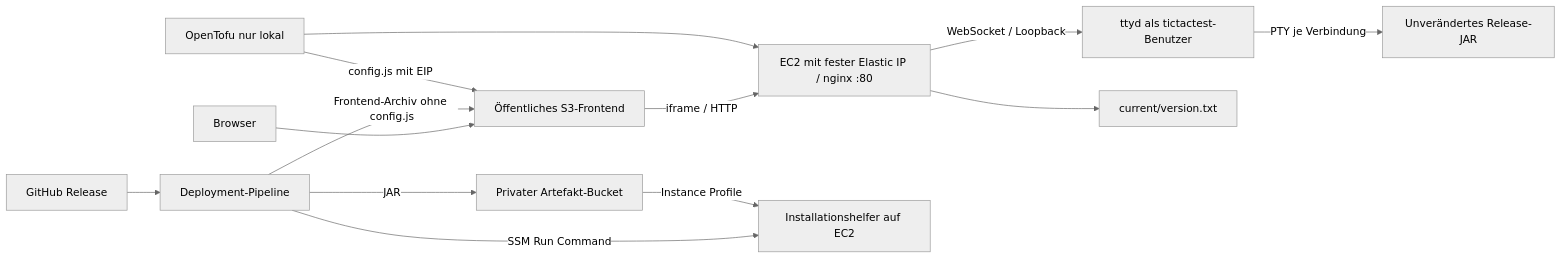
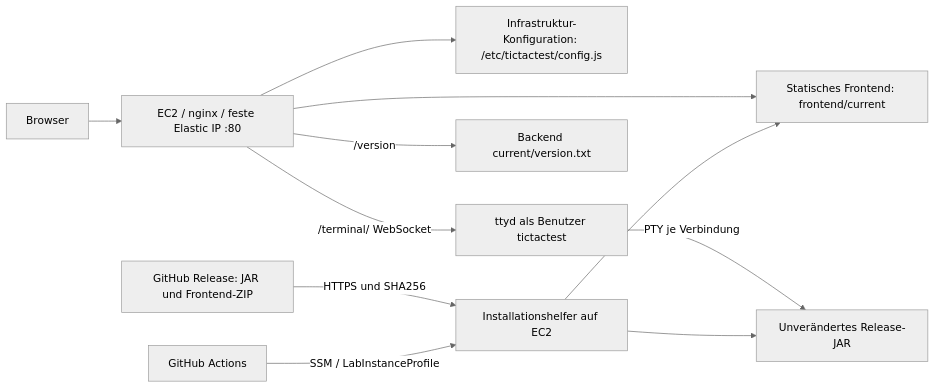
The diagram in docs/deployment.md (raphaelhuerzele/450-tictactest-mvk), drawn with Mermaid (neutral theme) before and after one commit. The commit also changed other lines of this file and 15 other files, not shown here.

Commit message:
Deploy release assets to EC2 with independent nginx frontend

````diff
--- a/docs/deployment.md
+++ b/docs/deployment.md
@@ -5,15 +5,13 @@
 ```mermaid
 flowchart LR
-  Browser --> S3[Öffentliches S3-Frontend]
-  S3 -->|iframe / HTTP| Nginx[EC2 mit fester Elastic IP / nginx :80]
-  Nginx -->|WebSocket / Loopback| TTY[ttyd als tictactest-Benutzer]
-  TTY -->|PTY je Verbindung| Java[Unverändertes Release-JAR]
-  Nginx --> Version[current/version.txt]
-  GitHub[GitHub Release] --> Deploy[Deployment-Pipeline]
-  Deploy -->|JAR| Private[Privater Artefakt-Bucket]
-  Deploy -->|SSM Run Command| EC2[Installationshelfer auf EC2]
-  Private -->|Instance Profile| EC2
-  Deploy -->|Frontend-Archiv ohne config.js| S3
-  Tofu[OpenTofu nur lokal] --> Nginx
-  Tofu -->|config.js mit EIP| S3
+  Browser --> N[EC2 / nginx / feste Elastic IP :80]
+  N --> F[Statisches Frontend: frontend/current]
+  N --> C[Infrastruktur-Konfiguration: /etc/tictactest/config.js]
+  N -->|/terminal/ WebSocket| T[ttyd als Benutzer tictactest]
+  T -->|PTY je Verbindung| J[Unverändertes Release-JAR]
+  N -->|/version| V[Backend current/version.txt]
+  G[GitHub Release: JAR und Frontend-ZIP] -->|HTTPS und SHA256| H[Installationshelfer auf EC2]
+  A[GitHub Actions] -->|SSM / LabInstanceProfile| H
+  H --> F
+  H --> J
 ```
````
